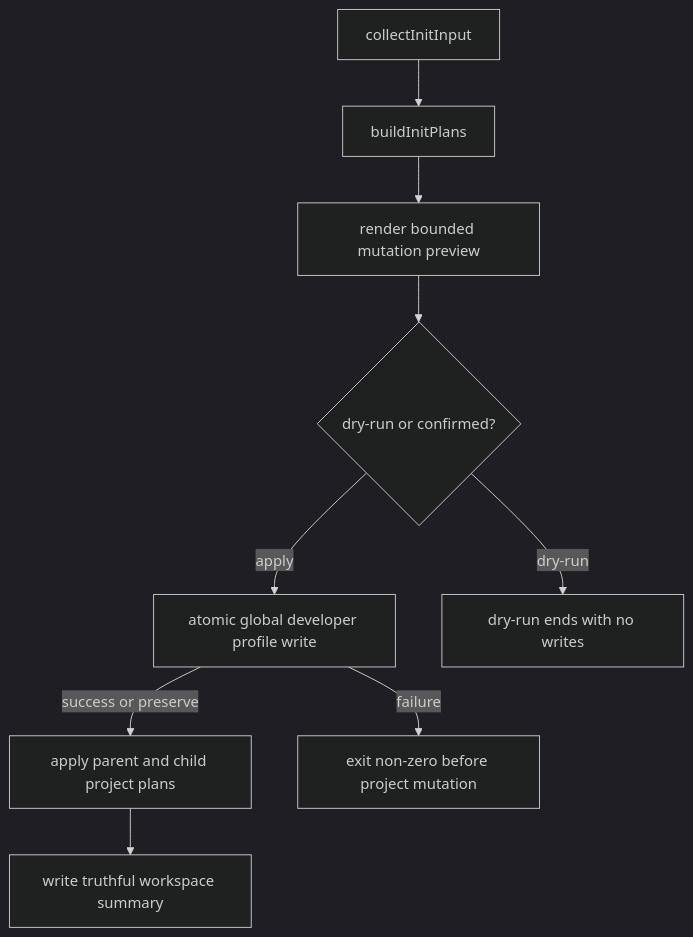
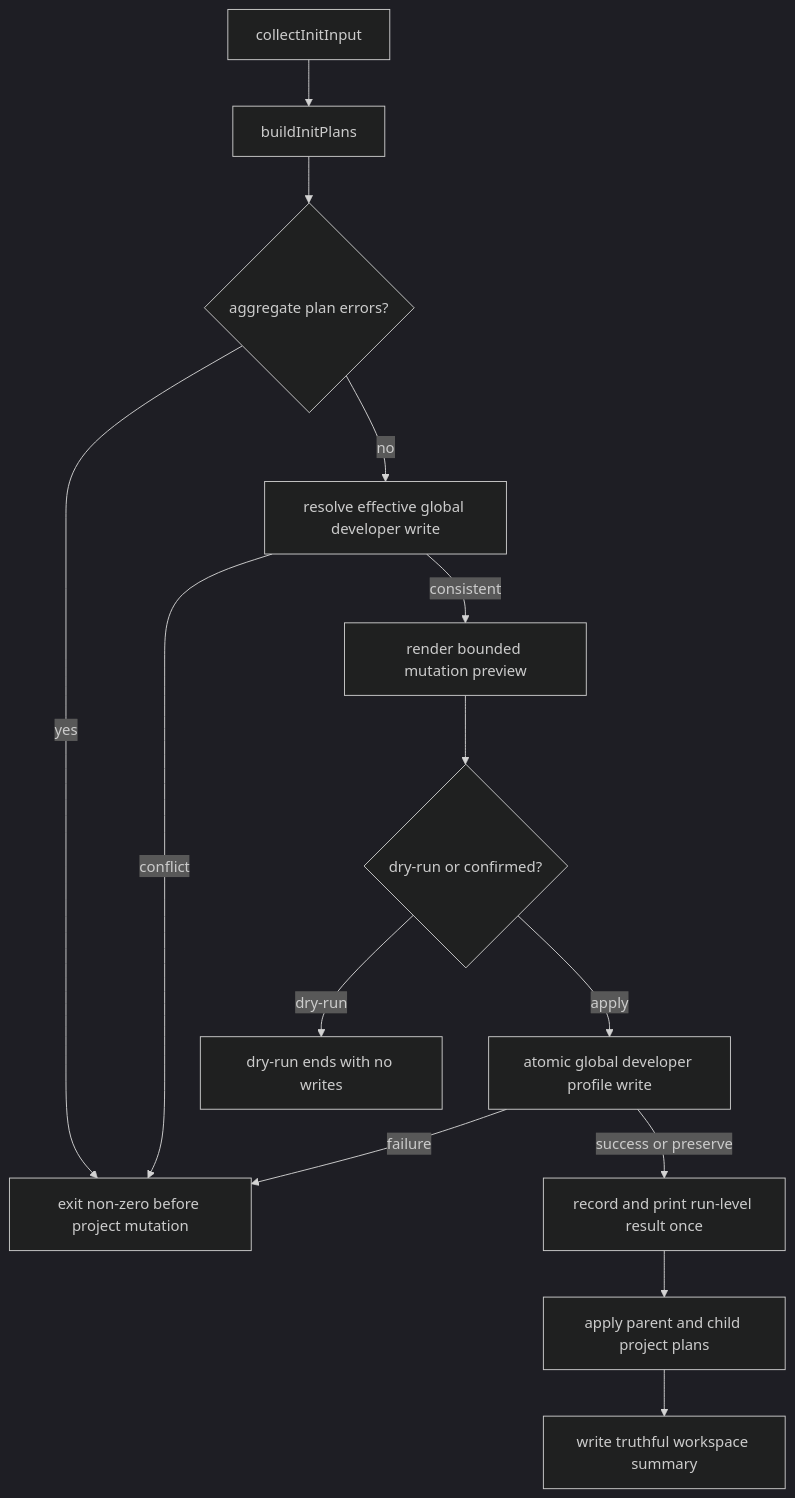
The diagram in docs/plans/2026-07-11-001-fix-init-contract-failure-preview-plan.md (leo-kuang-ai/spec-first), drawn with Mermaid (dark theme) before and after one commit. The commit also changed other lines of this file and 5 other files, not shown here.

````diff
--- a/docs/plans/2026-07-11-001-fix-init-contract-failure-preview-plan.md
+++ b/docs/plans/2026-07-11-001-fix-init-contract-failure-preview-plan.md
@@ -102,21 +124,29 @@
 ```mermaid
 flowchart TD
   Input[collectInitInput]
   Plans[buildInitPlans]
+  Gate{aggregate plan errors?}
+  Effective[resolve effective global developer write]
   Preview[render bounded mutation preview]
   Confirm{dry-run or confirmed?}
   Global[atomic global developer profile write]
+  GlobalResult[record and print run-level result once]
   Project[apply parent and child project plans]
   DryEnd[dry-run ends with no writes]
   Summary[write truthful workspace summary]
   Fail[exit non-zero before project mutation]
 
   Input --> Plans
-  Plans --> Preview
+  Plans --> Gate
+  Gate -->|yes| Fail
+  Gate -->|no| Effective
+  Effective -->|conflict| Fail
+  Effective -->|consistent| Preview
   Preview --> Confirm
   Confirm -->|dry-run| DryEnd
   Confirm -->|apply| Global
   Global -->|failure| Fail
-  Global -->|success or preserve| Project
+  Global -->|success or preserve| GlobalResult
+  GlobalResult --> Project
   Project --> Summary
 ```
````
